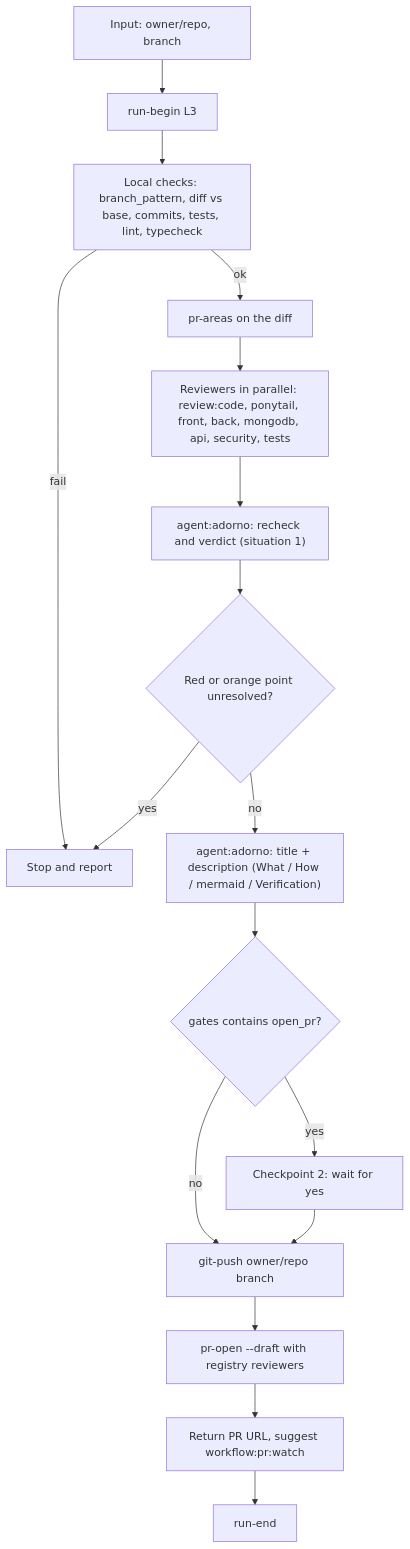
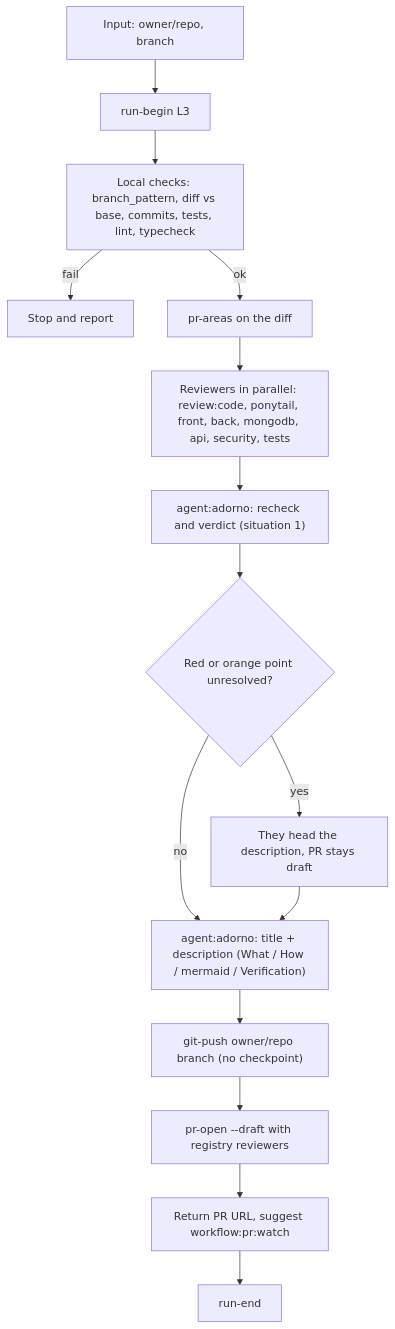
Before and after one commit to nicolasmondain/adorno: the second of 6 diagrams in src/workflows/pr/SCHEMA.md, drawn with Mermaid. The commit also changed other lines of this file and 77 other files, not shown here.

````diff
--- a/src/workflows/pr/SCHEMA.md
+++ b/src/workflows/pr/SCHEMA.md
@@ -26,19 +26,17 @@
 ```mermaid
 flowchart TD
   A["Input: owner/repo, branch"] --> B["run-begin L3"]
   B --> C["Local checks: branch_pattern, diff vs base, commits, tests, lint, typecheck"]
   C -->|"fail"| X["Stop and report"]
   C -->|"ok"| D["pr-areas on the diff"]
   D --> E["Reviewers in parallel: review:code, ponytail, front, back, mongodb, api, security, tests"]
   E --> F["agent:adorno: recheck and verdict (situation 1)"]
   F --> G{"Red or orange point unresolved?"}
-  G -->|"yes"| X
+  G -->|"yes"| GH["They head the description, PR stays draft"]
   G -->|"no"| H["agent:adorno: title + description (What / How / mermaid / Verification)"]
-  H --> I{"gates contains open_pr?"}
-  I -->|"yes"| J["Checkpoint 2: wait for yes"]
-  I -->|"no"| K["git-push owner/repo branch"]
-  J --> K
+  GH --> H
+  H --> K["git-push owner/repo branch (no checkpoint)"]
   K --> L["pr-open --draft with registry reviewers"]
   L --> M["Return PR URL, suggest workflow:pr:watch"]
   M --> N["run-end"]
 ```
````
